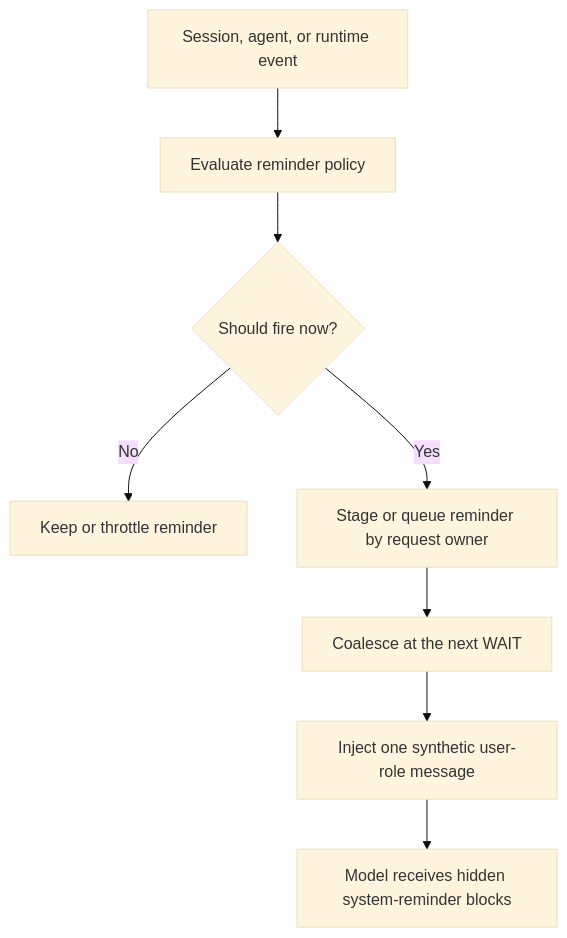
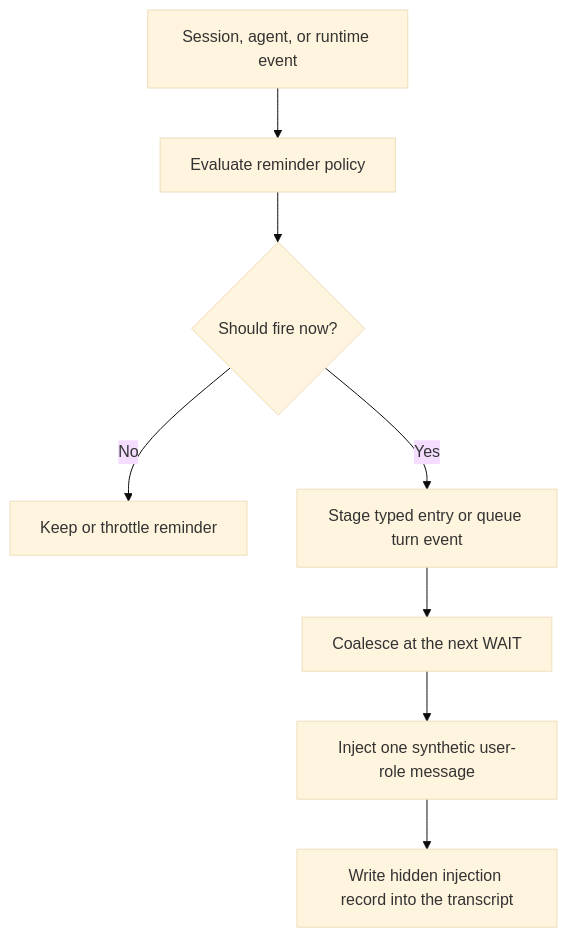
Before and after one commit to FrauH0lle/mevedel: the diagram in docs/reminders.md, drawn with Mermaid (base theme). The commit also changed other lines of this file and 28 other files, not shown here.

First line of the commit message:
docs(reminders): Document the two-channel model and injection record

````diff
--- a/docs/reminders.md
+++ b/docs/reminders.md
@@ -17,10 +47,10 @@
 ```mermaid
 flowchart TD
     A[Session, agent, or runtime event] --> B[Evaluate reminder policy]
     B --> C{Should fire now?}
     C -- No --> D[Keep or throttle reminder]
-    C -- Yes --> E[Stage or queue reminder by request owner]
+    C -- Yes --> E[Stage typed entry or queue turn event]
     E --> F[Coalesce at the next WAIT]
     F --> G[Inject one synthetic user-role message]
-    G --> H[Model receives hidden system-reminder blocks]
+    G --> H[Write hidden injection record into the transcript]
 ```
````
